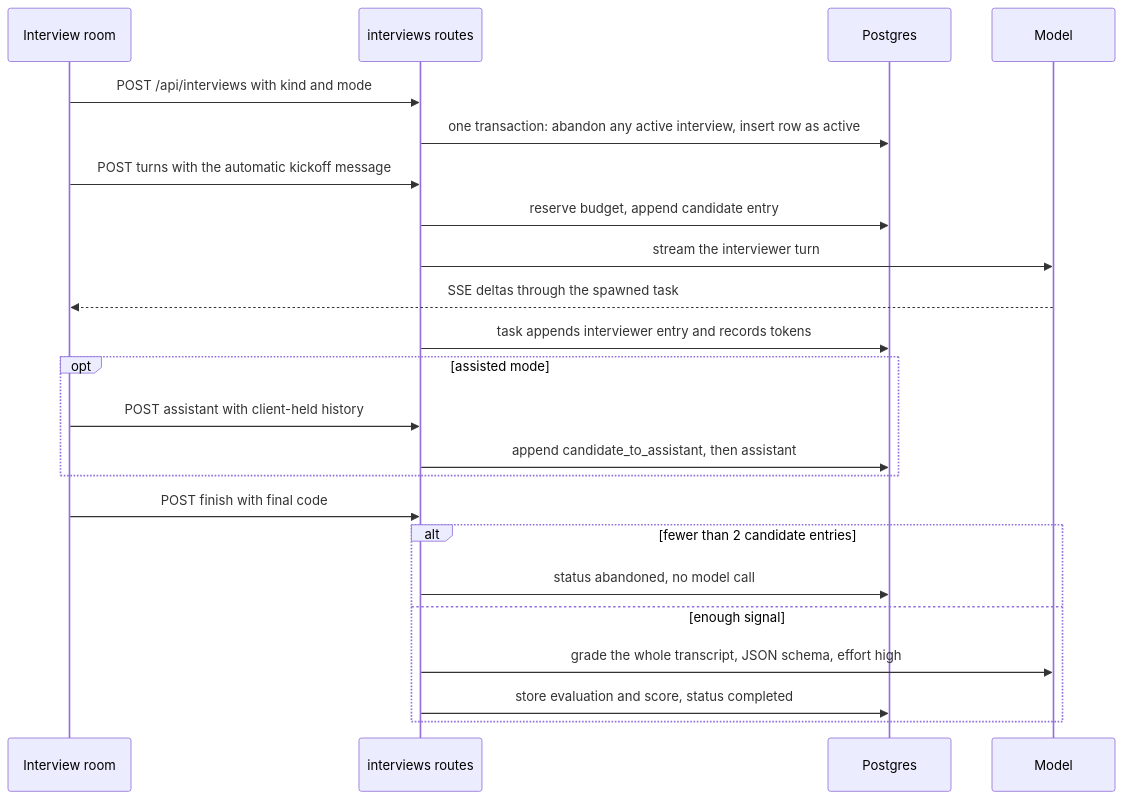
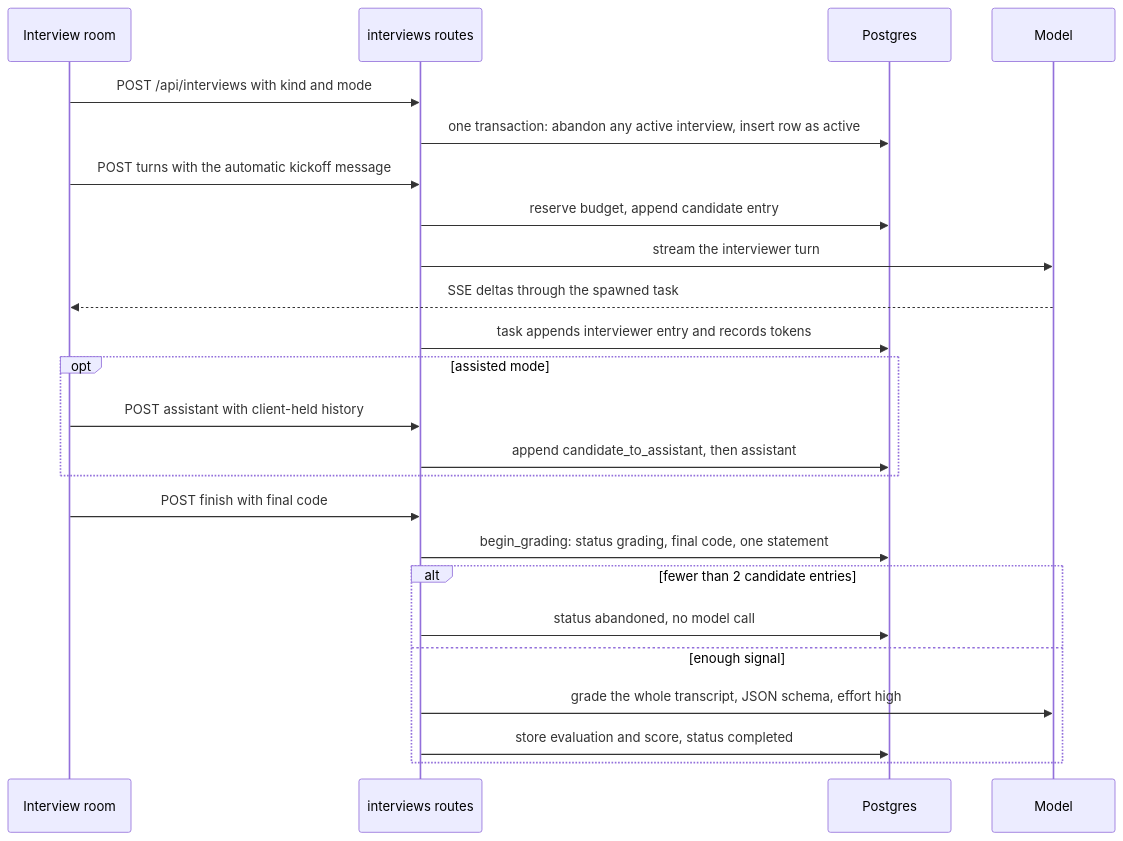
One commit to thull32/ascend changed the first of 2 diagrams in content/tracks/14-case-study-ascend/02-product-systems/02-designing-mock-interviews.md. Above: the diagram before and after it, drawn with Mermaid. The commit also changed other lines of this file and 28 other files, not shown here.

````diff
--- a/content/tracks/14-case-study-ascend/02-product-systems/02-designing-mock-interviews.md
+++ b/content/tracks/14-case-study-ascend/02-product-systems/02-designing-mock-interviews.md
@@ -250,25 +274,26 @@
 ```mermaid
 sequenceDiagram
   participant C as Interview room
   participant API as interviews routes
   participant DB as Postgres
   participant M as Model
   C->>API: POST /api/interviews with kind and mode
   API->>DB: one transaction: abandon any active interview, insert row as active
   C->>API: POST turns with the automatic kickoff message
   API->>DB: reserve budget, append candidate entry
   API->>M: stream the interviewer turn
   M-->>C: SSE deltas through the spawned task
   API->>DB: task appends interviewer entry and records tokens
   opt assisted mode
     C->>API: POST assistant with client-held history
     API->>DB: append candidate_to_assistant, then assistant
   end
   C->>API: POST finish with final code
+  API->>DB: begin_grading: status grading, final code, one statement
   alt fewer than 2 candidate entries
     API->>DB: status abandoned, no model call
   else enough signal
     API->>M: grade the whole transcript, JSON schema, effort high
     API->>DB: store evaluation and score, status completed
   end
 ```
````
